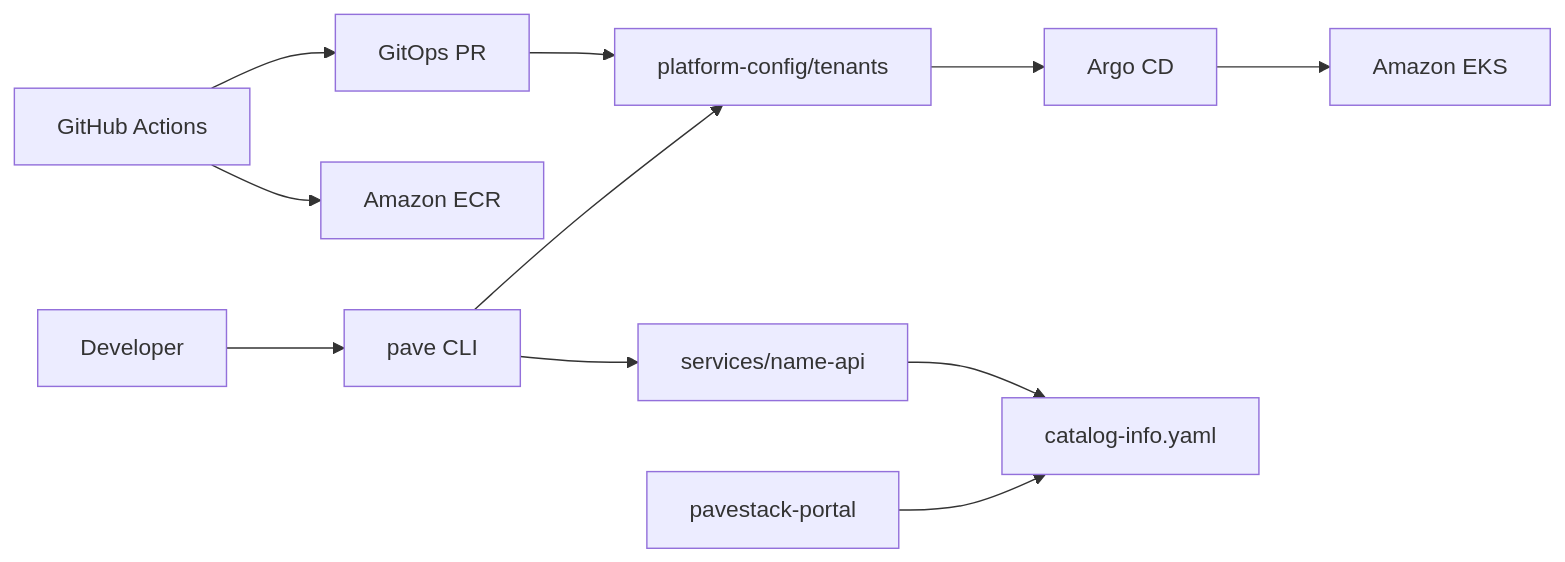
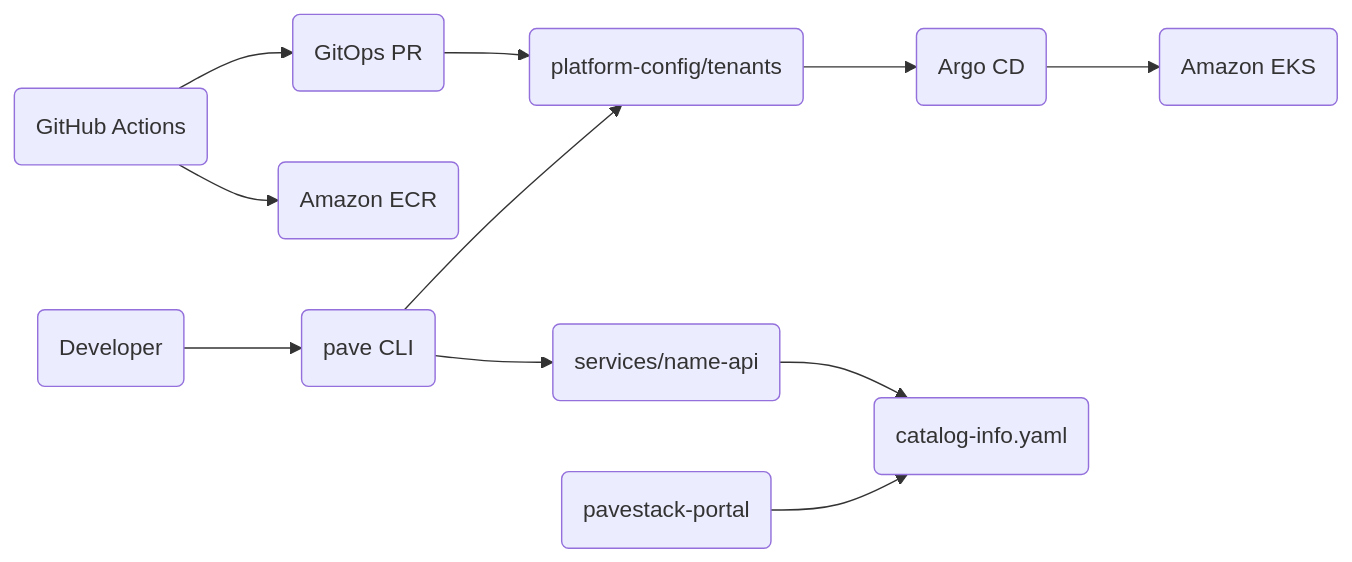
One commit to pavestack/pavestack changed the diagram in README.md. Above: the diagram before and after it, drawn with Mermaid. The commit also changed other lines of this file and 7 other files, not shown here.

````diff
--- a/README.md
+++ b/README.md
@@ -28,13 +49,13 @@
 ```mermaid
-flowchart LR
-  Dev[Developer] --> Pave[pave CLI]
-  Pave --> Services[services/name-api]
-  Pave --> Config[platform-config/tenants]
-  CI[GitHub Actions] --> ECR[Amazon ECR]
-  CI --> PR[GitOps PR]
+graph LR
+  Dev("Developer") --> Pave("pave CLI")
+  Pave --> Services("services/name-api")
+  Pave --> Config("platform-config/tenants")
+  CI("GitHub Actions") --> ECR("Amazon ECR")
+  CI --> PR("GitOps PR")
   PR --> Config
-  Argo[Argo CD] --> EKS[Amazon EKS]
+  Argo("Argo CD") --> EKS("Amazon EKS")
   Config --> Argo
-  Portal[pavestack-portal] --> Catalog[catalog-info.yaml]
+  Portal("pavestack-portal") --> Catalog("catalog-info.yaml")
   Services --> Catalog
 ```
````
